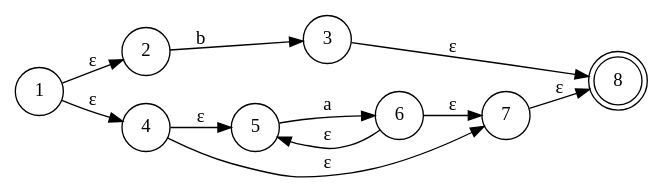
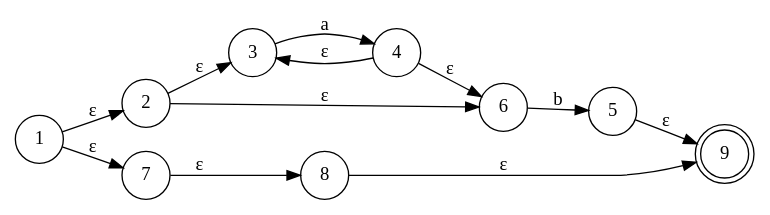
The diagram in Entrega final/NFA_Actual.gv (josepablito16/Regex-Engine), drawn with Graphviz before and after one commit. The commit also changed 8 other files, not shown here.

```diff
--- a/Entrega final/NFA_Actual.gv
+++ b/Entrega final/NFA_Actual.gv
@@ -1,16 +1,17 @@
 digraph finite_state_machine {
 	rankdir=LR size="8,5"
 	node [shape=doublecircle]
-	8
+	9
 	node [shape=circle]
 	1 -> 2 [label="ε"]
-	1 -> 4 [label="ε"]
-	4 -> 5 [label="ε"]
-	4 -> 7 [label="ε"]
-	5 -> 6 [label=a]
-	6 -> 5 [label="ε"]
-	6 -> 7 [label="ε"]
+	1 -> 7 [label="ε"]
 	7 -> 8 [label="ε"]
-	2 -> 3 [label=b]
-	3 -> 8 [label="ε"]
+	8 -> 9 [label="ε"]
+	2 -> 3 [label="ε"]
+	2 -> 6 [label="ε"]
+	3 -> 4 [label=a]
+	4 -> 3 [label="ε"]
+	4 -> 6 [label="ε"]
+	5 -> 9 [label="ε"]
+	6 -> 5 [label=b]
 }
```
